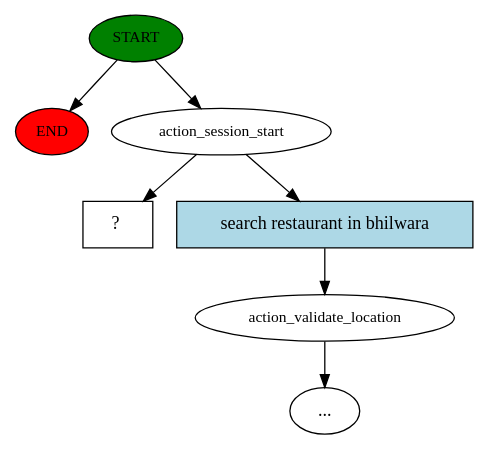
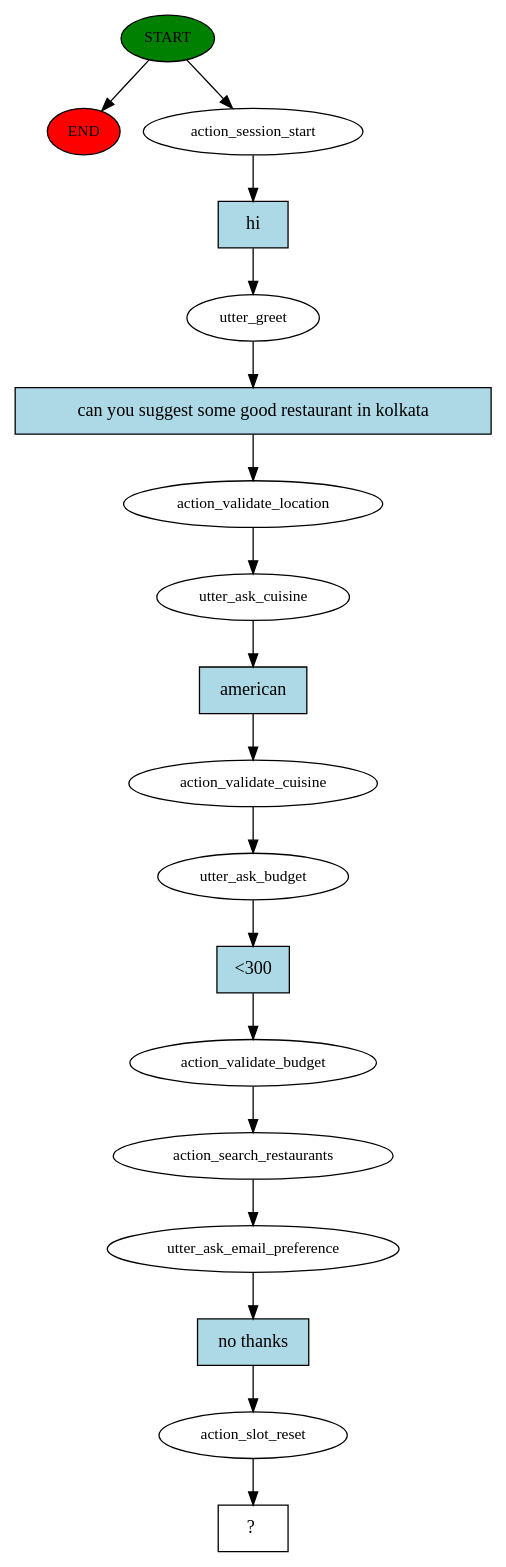
One commit to bipin-raju/FoodieChatBot changed the diagram in story_graph.dot. Above: the diagram before and after it, drawn with Graphviz. The commit also changed 12 other files, not shown here.

```diff
--- a/story_graph.dot
+++ b/story_graph.dot
@@ -1,15 +1,37 @@
 digraph  {
 0 [class="start active", fillcolor=green, fontsize=12, label=START, style=filled];
 "-1" [class=end, fillcolor=red, fontsize=12, label=END, style=filled];
 1 [class=active, fontsize=12, label=action_session_start];
-2 [class="", fontsize=12, label=action_validate_location];
-"-3" [class=ellipsis, label="..."];
-4 [class="intent dashed active", label="  ?  ", shape=rect];
-5 [class=intent, fillcolor=lightblue, label="search restaurant in bhilwara", shape=rect, style=filled];
+2 [class=active, fontsize=12, label=utter_greet];
+3 [class=active, fontsize=12, label=action_validate_location];
+4 [class=active, fontsize=12, label=utter_ask_cuisine];
+5 [class=active, fontsize=12, label=action_validate_cuisine];
+6 [class=active, fontsize=12, label=utter_ask_budget];
+7 [class=active, fontsize=12, label=action_validate_budget];
+8 [class=active, fontsize=12, label=action_search_restaurants];
+9 [class=active, fontsize=12, label=utter_ask_email_preference];
+10 [class=active, fontsize=12, label=action_slot_reset];
+11 [class="intent dashed active", label="  ?  ", shape=rect];
+12 [class="intent active", fillcolor=lightblue, label=hi, shape=rect, style=filled];
+13 [class="intent active", fillcolor=lightblue, label="can you suggest some good restaurant in kolkata", shape=rect, style=filled];
+14 [class="intent active", fillcolor=lightblue, label=american, shape=rect, style=filled];
+15 [class="intent active", fillcolor=lightblue, label="<300", shape=rect, style=filled];
+16 [class="intent active", fillcolor=lightblue, label="no thanks", shape=rect, style=filled];
 0 -> "-1"  [class="", key=NONE, label=""];
 0 -> 1  [class=active, key=NONE, label=""];
-1 -> 4  [class=active, key=NONE, label=""];
-1 -> 5  [class="", key=0];
-2 -> "-3"  [class="", key=NONE, label=""];
-5 -> 2  [class="", key=0];
+1 -> 12  [class=active, key=0];
+2 -> 13  [class=active, key=0];
+3 -> 4  [class=active, key=NONE, label=""];
+4 -> 14  [class=active, key=0];
+5 -> 6  [class=active, key=NONE, label=""];
+6 -> 15  [class=active, key=0];
+7 -> 8  [class=active, key=NONE, label=""];
+8 -> 9  [class=active, key=NONE, label=""];
+9 -> 16  [class=active, key=0];
+10 -> 11  [class=active, key=NONE, label=""];
+12 -> 2  [class=active, key=0];
+13 -> 3  [class=active, key=0];
+14 -> 5  [class=active, key=0];
+15 -> 7  [class=active, key=0];
+16 -> 10  [class=active, key=0];
 }
```
